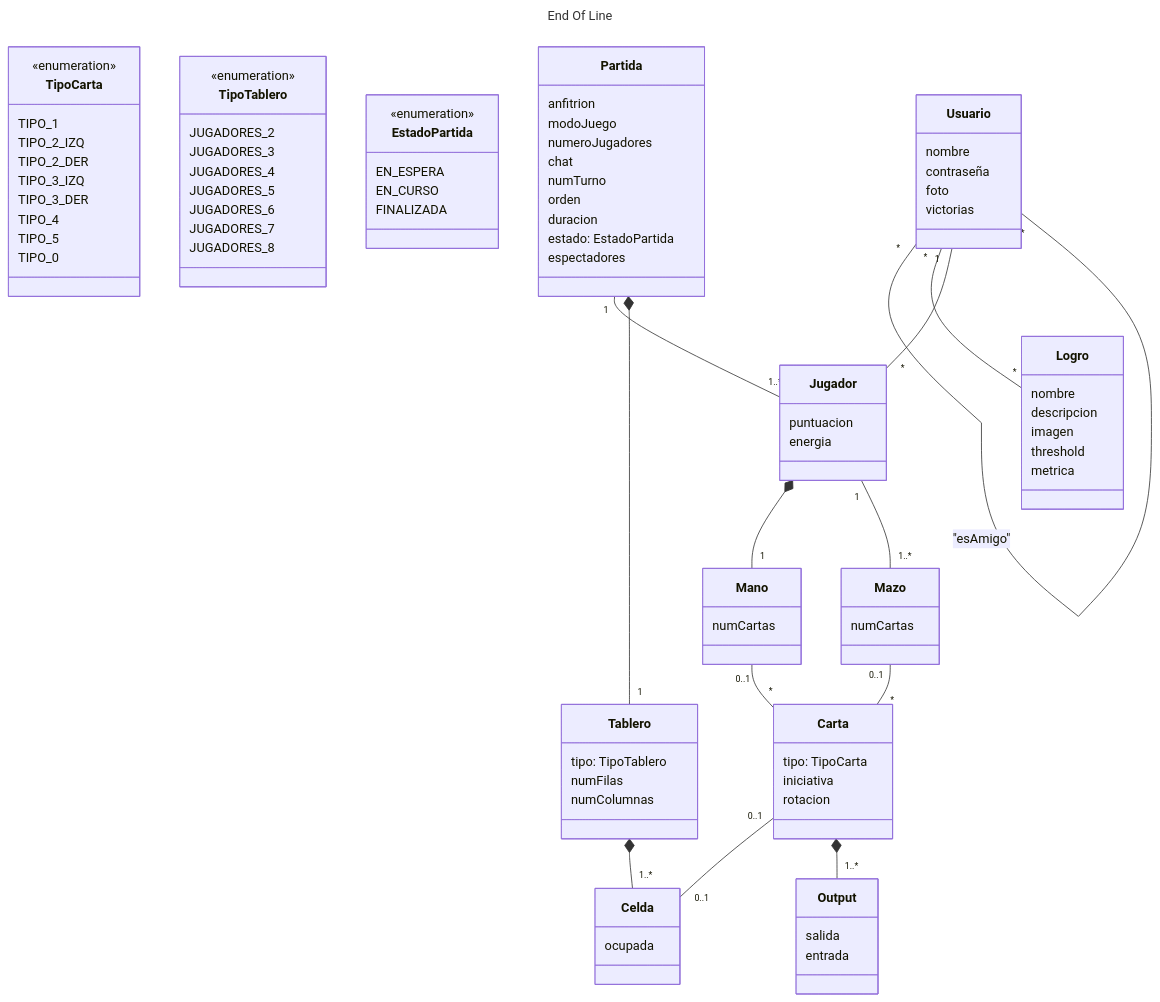
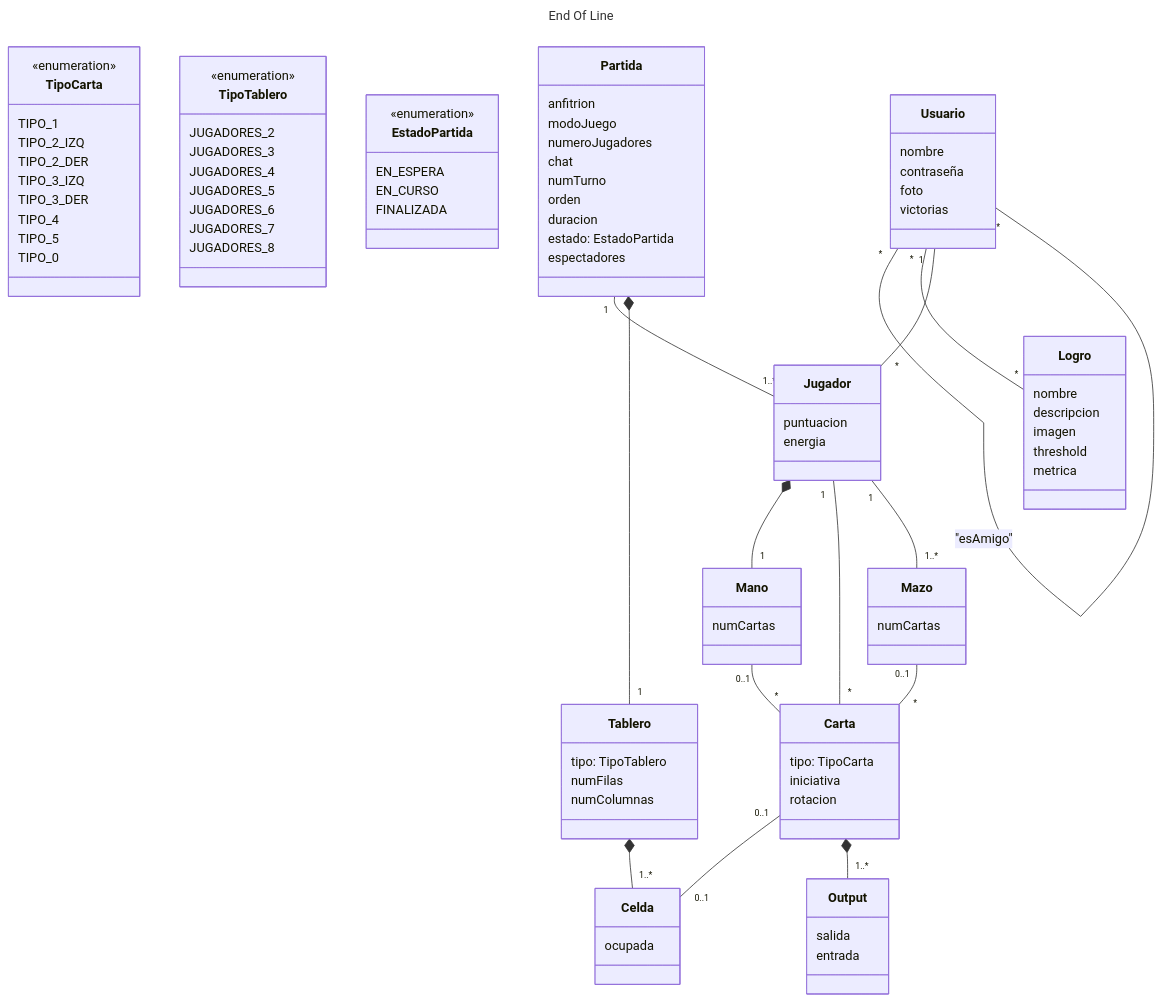
The diagram in docs/deliverables/Análisis de requisitos del sistema.md (danilr16/End-Of-Line), drawn with Mermaid before and after one commit. The commit also changed 12 other files, not shown here.

```diff
--- a/docs/deliverables/Análisis de requisitos del sistema.md
+++ b/docs/deliverables/Análisis de requisitos del sistema.md
@@ -257,6 +257,7 @@
     Partida *-- "1" Tablero
     Usuario "*" -- "*" Usuario: "esAmigo"
     Jugador *-- "1" Mano
+    Jugador "1" -- "*" Carta
     Jugador "1" -- "1..*" Mazo
     Carta "0..1" -- "0..1" Celda
     Mazo "0..1" -- "*" Carta
```
